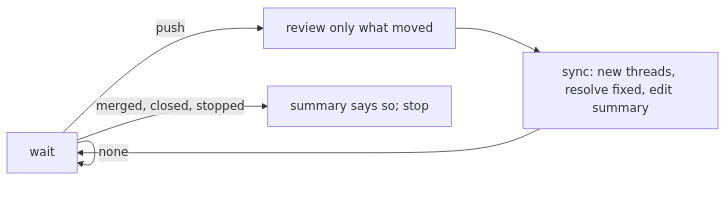
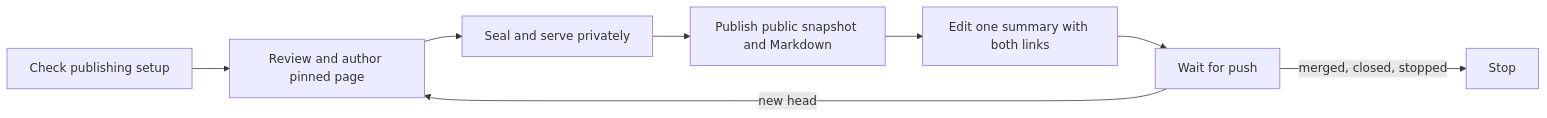
Before and after one commit to Thurbeen/thurview: the diagram in skills/thurview-pr-review/SKILL.md, drawn with Mermaid. The commit also changed other lines of this file and 11 other files, not shown here.

First line of the commit message:
feat: make opened change request reviews one linked flow (#56)

````diff
--- a/skills/thurview-pr-review/SKILL.md
+++ b/skills/thurview-pr-review/SKILL.md
@@ -16,8 +20,10 @@
 ```mermaid
 flowchart LR
-  W[wait] -->|push| R[review only what moved]
-  R --> S[sync: new threads, resolve fixed, edit summary]
-  S --> W
-  W -->|merged, closed, stopped| E[summary says so; stop]
-  W -->|none| W
+  P[Check publishing setup] --> R[Review and author pinned page]
+  R --> L[Seal and serve privately]
+  L --> C[Publish public snapshot and Markdown]
+  C --> S[Edit one summary with both links]
+  S --> W[Wait for push]
+  W -->|new head| R
+  W -->|merged, closed, stopped| E[Stop]
 ```
````
